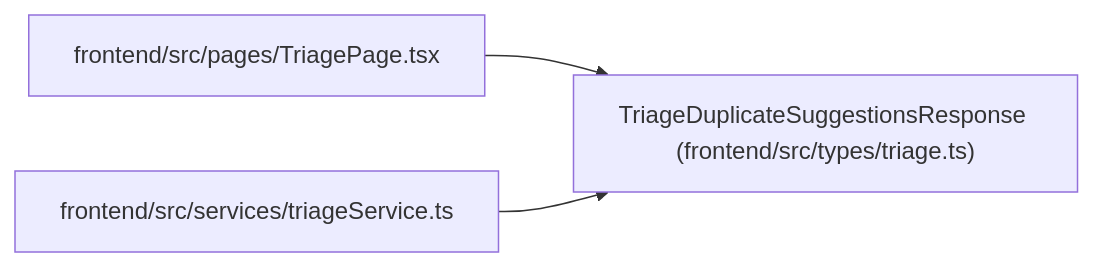
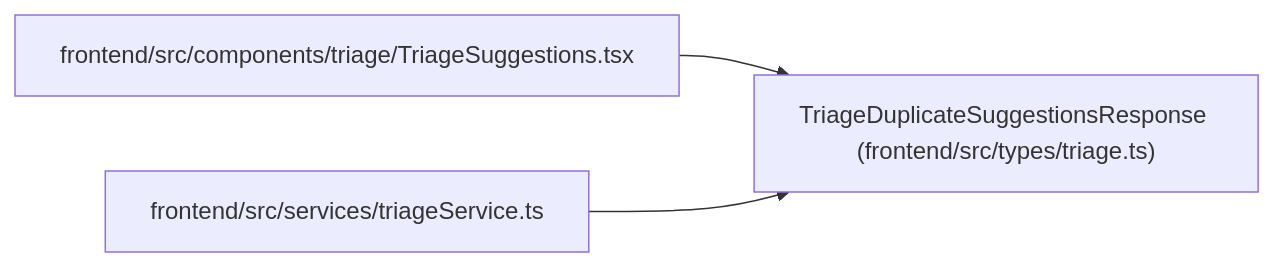
Before and after one commit to Denissvgn/WorkChord: the diagram in docs/llm_wiki/entities/types_triage_TriageDuplicateSuggestionsResponse.md, drawn with Mermaid. The commit also changed other lines of this file and 2373 other files, not shown here.

````diff
--- a/docs/llm_wiki/entities/types_triage_TriageDuplicateSuggestionsResponse.md
+++ b/docs/llm_wiki/entities/types_triage_TriageDuplicateSuggestionsResponse.md
@@ -27,11 +27,11 @@
 ```mermaid
 flowchart LR
     n0["TriageDuplicateSuggestionsResponse (frontend/src/types/triage.ts)"]
-    n1["frontend/src/pages/TriagePage.tsx"]
+    n1["frontend/src/components/triage/TriageSuggestions.tsx"]
     n2["frontend/src/services/triageService.ts"]
     n1 --> n0
     n2 --> n0
     click n0 "../modules/types_triage.md"
-    click n1 "../modules/TriagePage.md"
+    click n1 "../modules/TriageSuggestions.md"
     click n2 "../modules/triageService.md"
 ```
````
